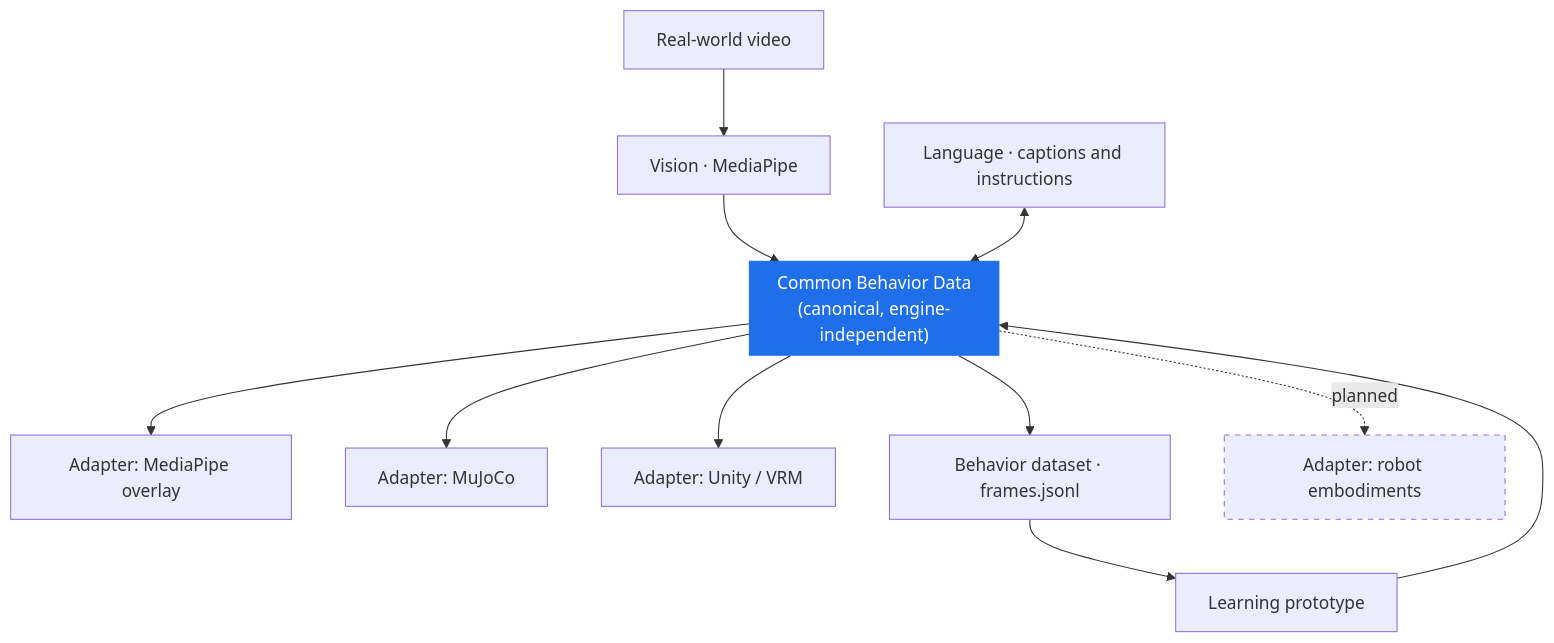
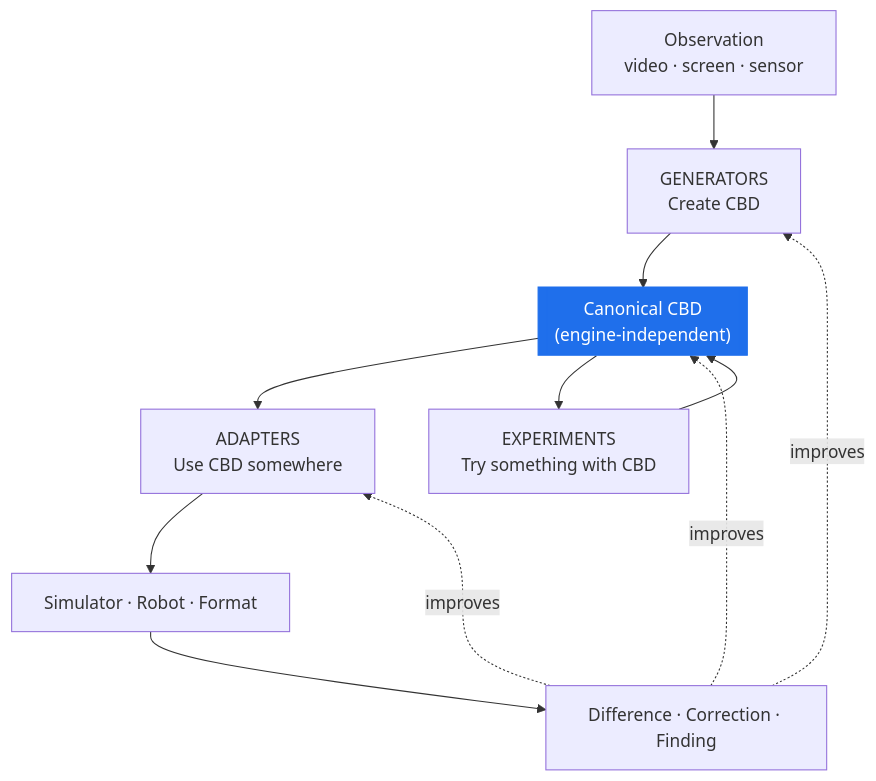
One commit to Koichi3333/common-behavior-data changed the diagram in README.md. Above: the diagram before and after it, drawn with Mermaid. The commit also changed other lines of this file and 100 other files, not shown here.

First line of the commit message:
Restructure repository around behavior-asset portability; add Isaac Sim / GR00T G1 adapter

````diff
--- a/README.md
+++ b/README.md
@@ -95,18 +140,16 @@
 ```mermaid
 flowchart TD
-    V["Real-world video"] --> MP["Vision · MediaPipe"]
-    MP --> CBD[["Common Behavior Data<br/>(canonical, engine-independent)"]]
-    L["Language · captions and instructions"] <--> CBD
-    CBD --> A1["Adapter: MediaPipe overlay"]
-    CBD --> A2["Adapter: MuJoCo"]
-    CBD --> A3["Adapter: Unity / VRM"]
-    CBD --> A4["Behavior dataset · frames.jsonl"]
-    A4 --> ML["Learning prototype"]
-    ML --> CBD
-    CBD -.planned.-> A5["Adapter: robot embodiments"]
+    V["Observation<br/>video · screen · sensor"] --> G["GENERATORS<br/>Create CBD"]
+    G --> CBD[["Canonical CBD<br/>(engine-independent)"]]
+    CBD --> A["ADAPTERS<br/>Use CBD somewhere"]
+    CBD --> E["EXPERIMENTS<br/>Try something with CBD"]
+    A --> T["Simulator · Robot · Format"]
+    T --> F["Difference · Correction · Finding"]
+    F -.improves.-> G
+    F -.improves.-> CBD
+    F -.improves.-> A
+    E --> CBD
 
     classDef core fill:#1f6feb,stroke:#1f6feb,color:#fff;
-    classDef planned stroke-dasharray: 5 5;
     class CBD core;
-    class A5 planned;
 ```
````
